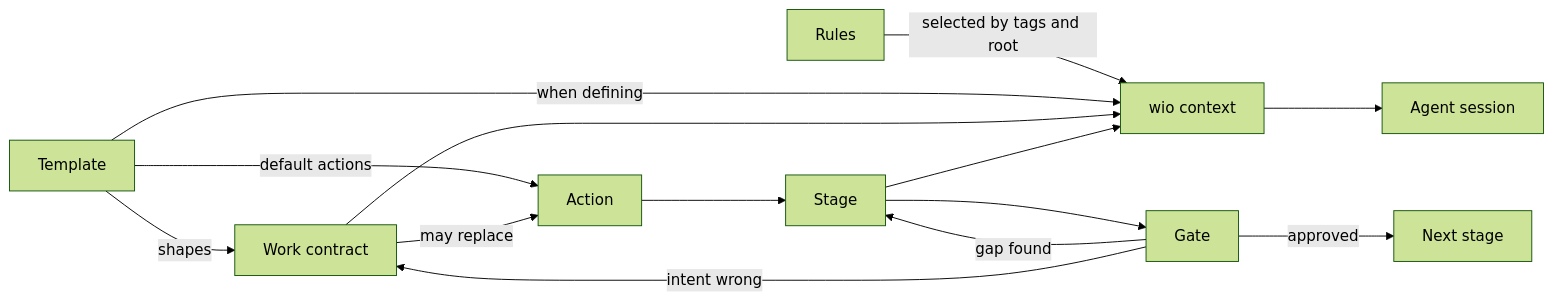
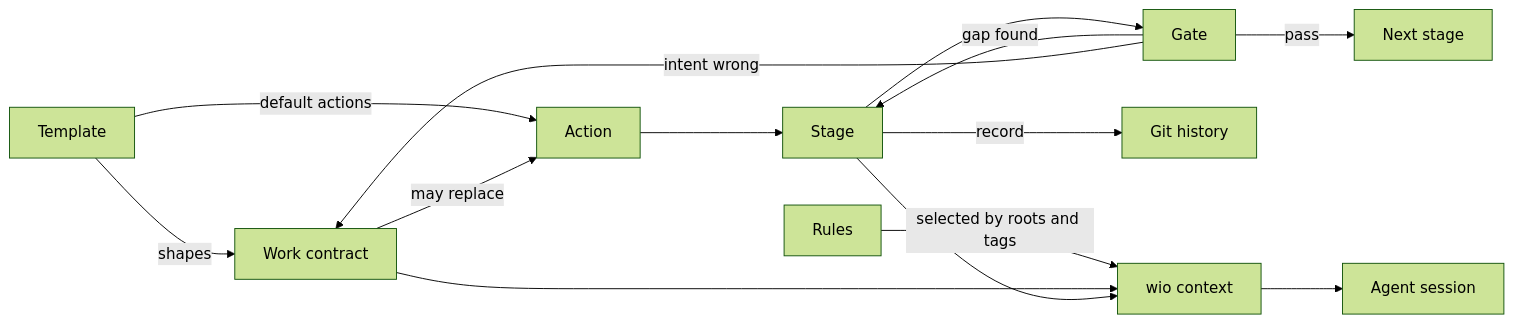
One commit to msitarz/wio changed the diagram in README.md. Above: the diagram before and after it, drawn with Mermaid (forest theme). The commit also changed other lines of this file and 3 other files, not shown here.

````diff
--- a/README.md
+++ b/README.md
@@ -46,16 +46,16 @@
 ```mermaid
 flowchart LR
     T[Template] -->|shapes| C[Work contract]
     T -->|default actions| A[Action]
     C -->|may replace| A
     A --> S[Stage]
     S --> G[Gate]
-    G -->|approved| S2[Next stage]
+    G -->|pass| S2[Next stage]
     G -->|gap found| S
     G -->|intent wrong| C
-    R[Rules] -->|selected by tags and root| X[wio context]
-    T -->|when defining| X
+    S -->|record| H[Git history]
+    R[Rules] -->|selected by roots and tags| X[wio context]
     C --> X
     S --> X
     X --> AG[Agent session]
 ```
````
